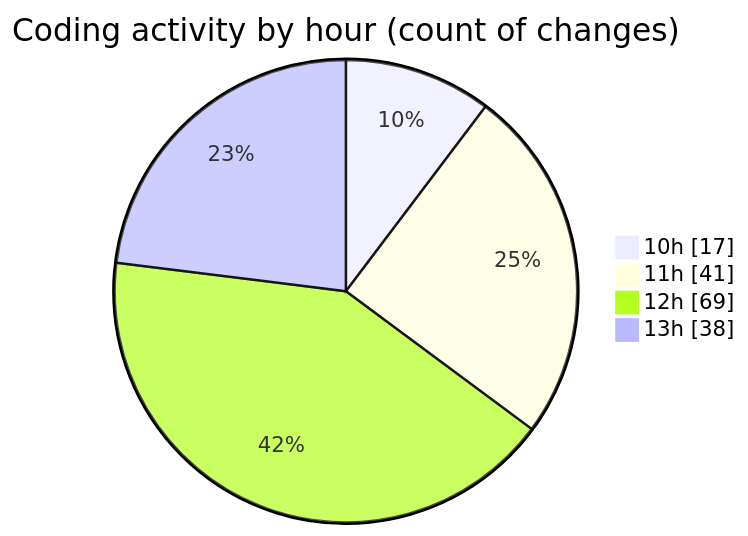
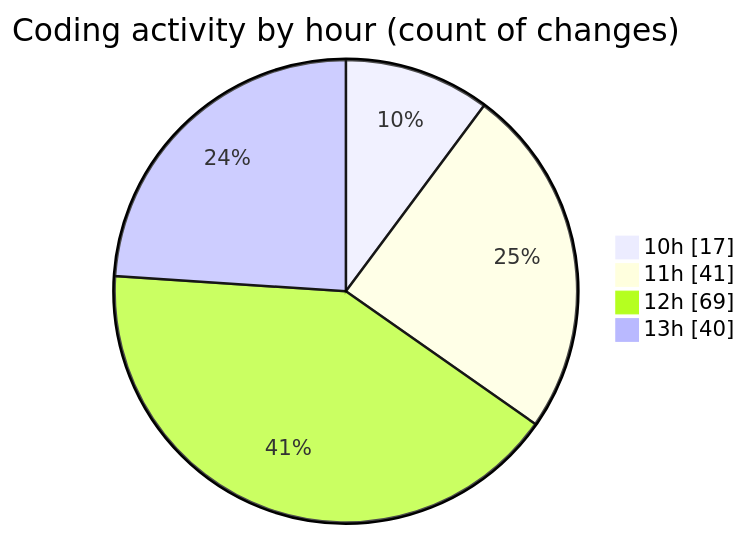
The second of 2 diagrams in 2025-10-06/cda/README.md (momahboobian/code-tracking), drawn with Mermaid before and after one commit. The commit also changed other lines of this file and 1 other file, not shown here.

````diff
--- a/2025-10-06/cda/README.md
+++ b/2025-10-06/cda/README.md
@@ -33,8 +33,8 @@
 ```mermaid
 pie showData
 title Coding activity by hour (count of changes)
 "10h" : 17
 "11h" : 41
 "12h" : 69
-"13h" : 38
+"13h" : 40
 ```
````
